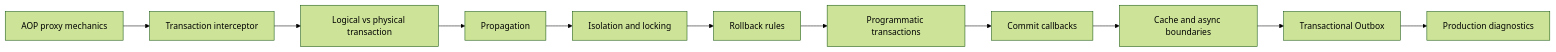
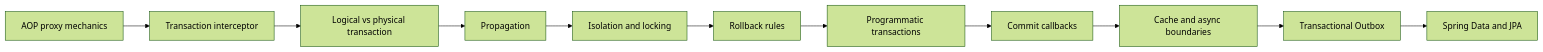
One commit to alimbetov/obsidian changed the diagram in 30_CERTIFICATIONS/Spring/2V0-72.22/Spring Transaction Management Roadmap.md. Above: the diagram before and after it, drawn with Mermaid (forest theme). The commit also changed other lines of this file, not shown here.

Commit message:
Link published Spring Data JPA route from transaction roadmap

````diff
--- a/30_CERTIFICATIONS/Spring/2V0-72.22/Spring Transaction Management Roadmap.md
+++ b/30_CERTIFICATIONS/Spring/2V0-72.22/Spring Transaction Management Roadmap.md
@@ -30,13 +30,13 @@
 ```mermaid
 flowchart LR
     A[AOP proxy mechanics] --> B[Transaction interceptor]
     B --> C[Logical vs physical transaction]
     C --> D[Propagation]
     D --> E[Isolation and locking]
     E --> F[Rollback rules]
     F --> G[Programmatic transactions]
     G --> H[Commit callbacks]
     H --> I[Cache and async boundaries]
     I --> J[Transactional Outbox]
-    J --> K[Production diagnostics]
+    J --> K[Spring Data and JPA]
 ```
````
